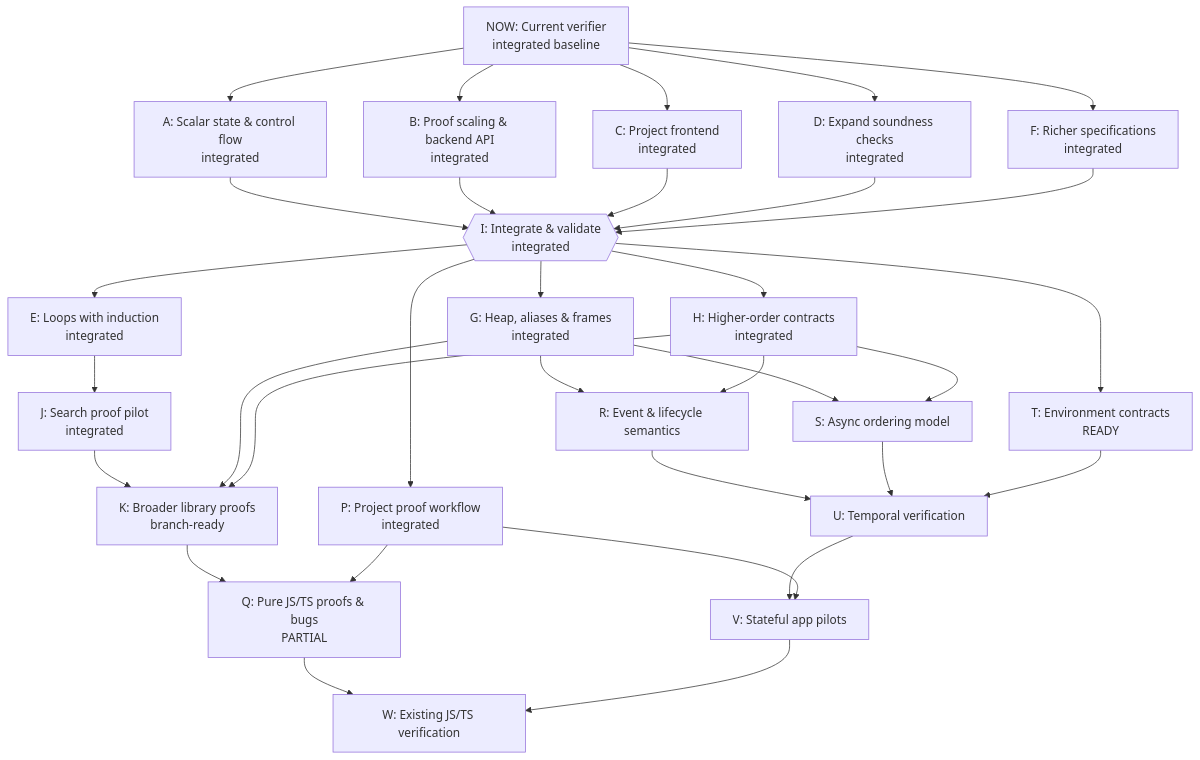
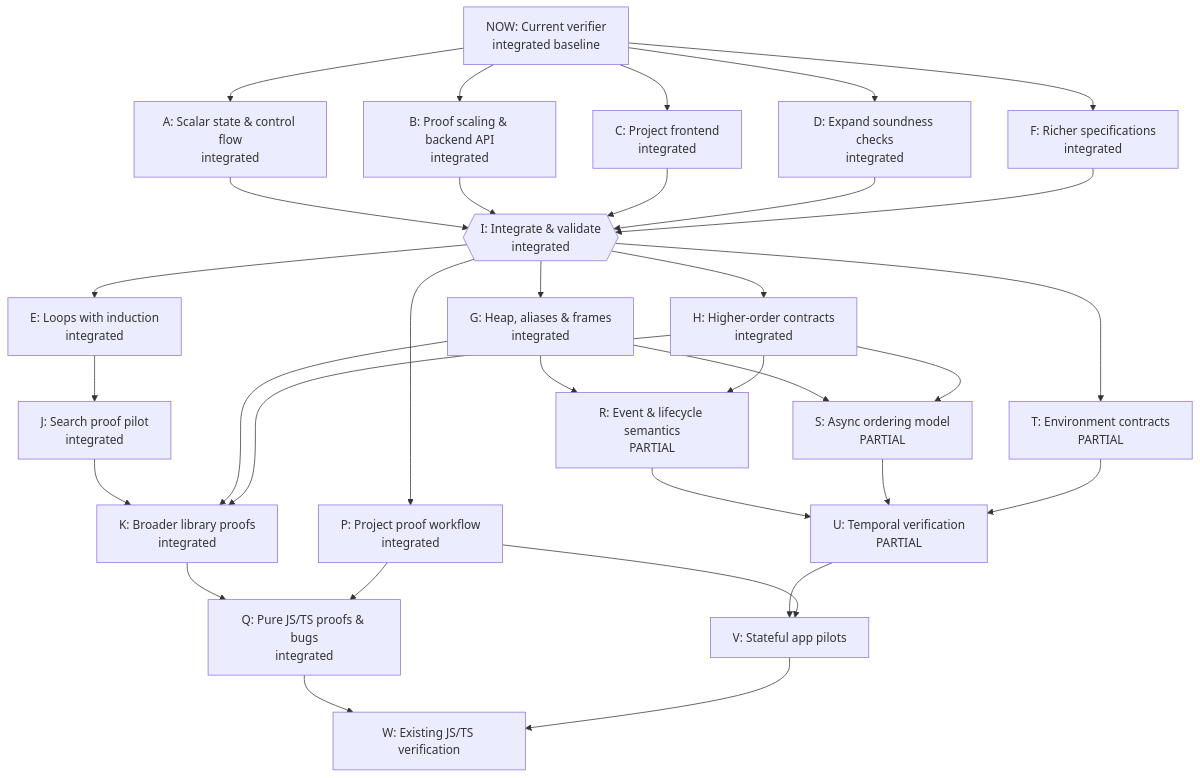
The diagram in docs/verification-roadmap.md (rickono/verified-list-ui), drawn with Mermaid before and after one commit. The commit also changed other lines of this file and 4 other files, not shown here.

````diff
--- a/docs/verification-roadmap.md
+++ b/docs/verification-roadmap.md
@@ -7,55 +7,55 @@
 ```mermaid
 flowchart TD
   NOW["NOW: Current verifier<br/>integrated baseline"]
   A["A: Scalar state &amp; control flow<br/>integrated"]
   B["B: Proof scaling &amp; backend API<br/>integrated"]
   C["C: Project frontend<br/>integrated"]
   D["D: Expand soundness checks<br/>integrated"]
   F["F: Richer specifications<br/>integrated"]
   I{{"I: Integrate &amp; validate<br/>integrated"}}
   E["E: Loops with induction<br/>integrated"]
   G["G: Heap, aliases &amp; frames<br/>integrated"]
   H["H: Higher-order contracts<br/>integrated"]
   J["J: Search proof pilot<br/>integrated"]
-  K["K: Broader library proofs<br/>branch-ready"]
+  K["K: Broader library proofs<br/>integrated"]
   P["P: Project proof workflow<br/>integrated"]
-  Q["Q: Pure JS/TS proofs &amp; bugs<br/>PARTIAL"]
-  R["R: Event &amp; lifecycle semantics"]
-  S["S: Async ordering model"]
-  T["T: Environment contracts<br/>READY"]
-  U["U: Temporal verification"]
+  Q["Q: Pure JS/TS proofs &amp; bugs<br/>integrated"]
+  R["R: Event &amp; lifecycle semantics<br/>PARTIAL"]
+  S["S: Async ordering model<br/>PARTIAL"]
+  T["T: Environment contracts<br/>PARTIAL"]
+  U["U: Temporal verification<br/>PARTIAL"]
   V["V: Stateful app pilots"]
   W["W: Existing JS/TS verification"]
   NOW --> A
   NOW --> B
   NOW --> C
   NOW --> D
   NOW --> F
   A --> I
   B --> I
   C --> I
   D --> I
   F --> I
   I --> E
   I --> G
   I --> H
   E --> J
   J --> K
   G --> K
   H --> K
   I --> P
   K --> Q
   P --> Q
   G --> R
   H --> R
   G --> S
   H --> S
   I --> T
   R --> U
   S --> U
   T --> U
   U --> V
   P --> V
   Q --> W
   V --> W
 ```
````
